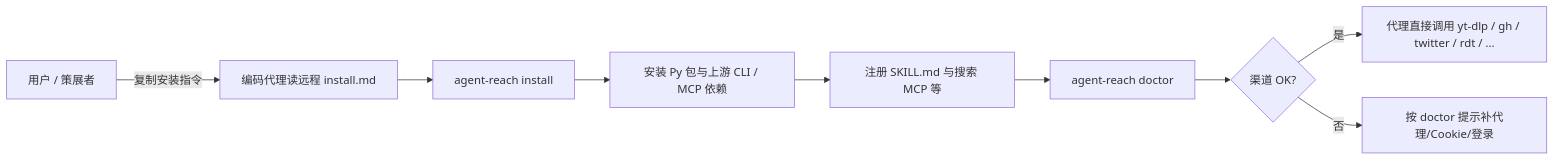
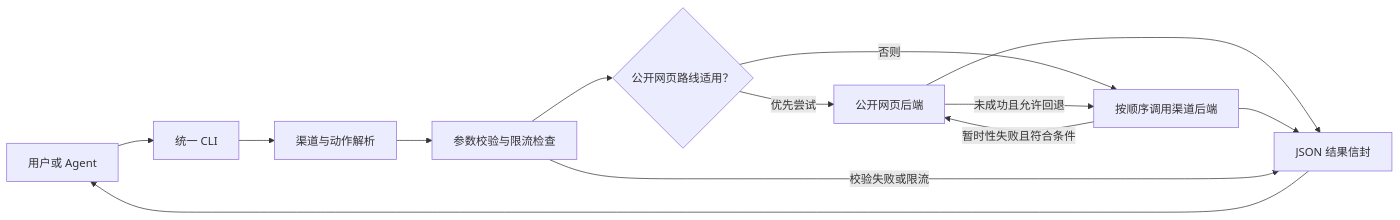
The first of 2 diagrams in wiki/entities/agent-reach.md (ImChong/Robotics_Notebooks), drawn with Mermaid before and after one commit. The commit also changed other lines of this file, not shown here.

Commit message:
[2026-11-25] ingest | wiki/entities/agent-reach.md — 更新统一 CLI 架构与源码时序图

````diff
--- a/wiki/entities/agent-reach.md
+++ b/wiki/entities/agent-reach.md
@@ -66,11 +69,15 @@
 ```mermaid
 flowchart LR
-  U[用户 / 策展者] -->|复制安装指令| A[编码代理读远程 install.md]
-  A --> B[agent-reach install]
-  B --> C[安装 Py 包与上游 CLI / MCP 依赖]
-  C --> D[注册 SKILL.md 与搜索 MCP 等]
-  D --> E[agent-reach doctor]
-  E --> F{渠道 OK?}
-  F -->|是| G[代理直接调用 yt-dlp / gh / twitter / rdt / ...]
-  F -->|否| H[按 doctor 提示补代理/Cookie/登录]
+  A["用户或 Agent"] --> B["统一 CLI"]
+  B --> C["渠道与动作解析"]
+  C --> D["参数校验与限流检查"]
+  D --> E{"公开网页路线适用？"}
+  E -->|优先尝试| F["公开网页后端"]
+  E -->|否则| G["按顺序调用渠道后端"]
+  F -->|未成功且允许回退| G
+  G -->|暂时性失败且符合条件| F
+  F --> H["JSON 结果信封"]
+  G --> H
+  D -->|校验失败或限流| H
+  H --> A
 ```
````
